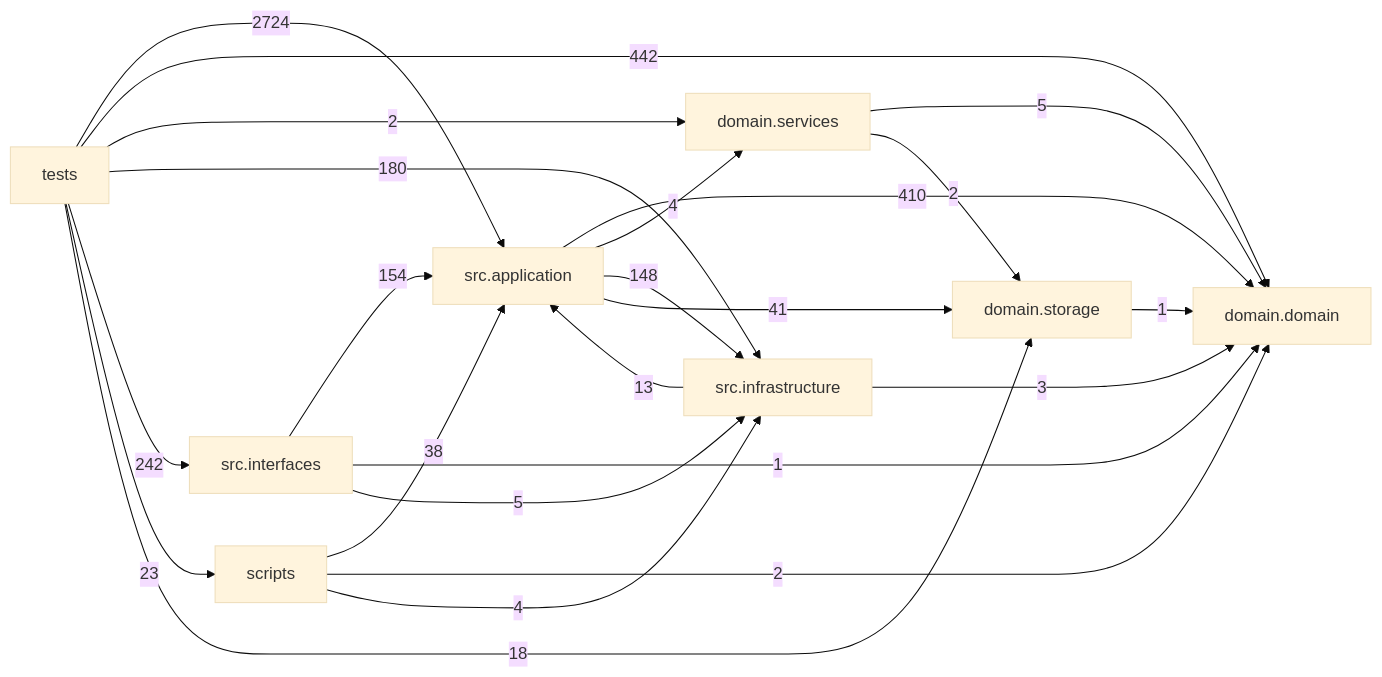
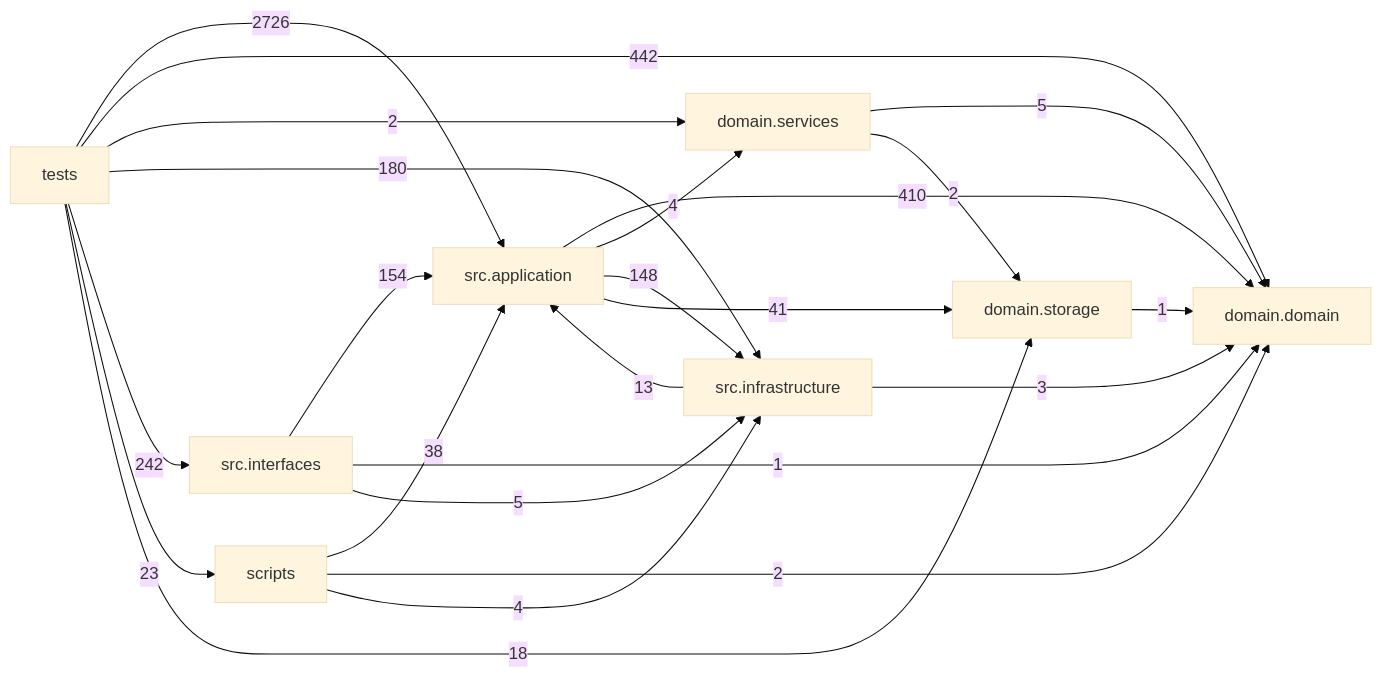
Before and after one commit to liuxie066/options-monitor: the diagram in docs/DEPENDENCY_GRAPH.md, drawn with Mermaid (base theme). The commit also changed other lines of this file, not shown here.

Commit message:
chore(storage): refresh dependency graph

````diff
--- a/docs/DEPENDENCY_GRAPH.md
+++ b/docs/DEPENDENCY_GRAPH.md
@@ -24,33 +24,33 @@
 ```mermaid
 flowchart LR
   tests["tests"]
   scripts["scripts"]
   interfaces["src.interfaces"]
   application["src.application"]
   infrastructure["src.infrastructure"]
   domain_services["domain.services"]
   domain["domain.domain"]
   storage["domain.storage"]
   application -->|410| domain
   application -->|4| domain_services
   application -->|148| infrastructure
   application -->|41| storage
   domain_services -->|5| domain
   domain_services -->|2| storage
   infrastructure -->|13| application
   infrastructure -->|3| domain
   interfaces -->|154| application
   interfaces -->|1| domain
   interfaces -->|5| infrastructure
   scripts -->|38| application
   scripts -->|2| domain
   scripts -->|4| infrastructure
   storage -->|1| domain
-  tests -->|2724| application
+  tests -->|2726| application
   tests -->|442| domain
   tests -->|2| domain_services
   tests -->|180| infrastructure
   tests -->|242| interfaces
   tests -->|23| scripts
   tests -->|18| storage
 ```
````
